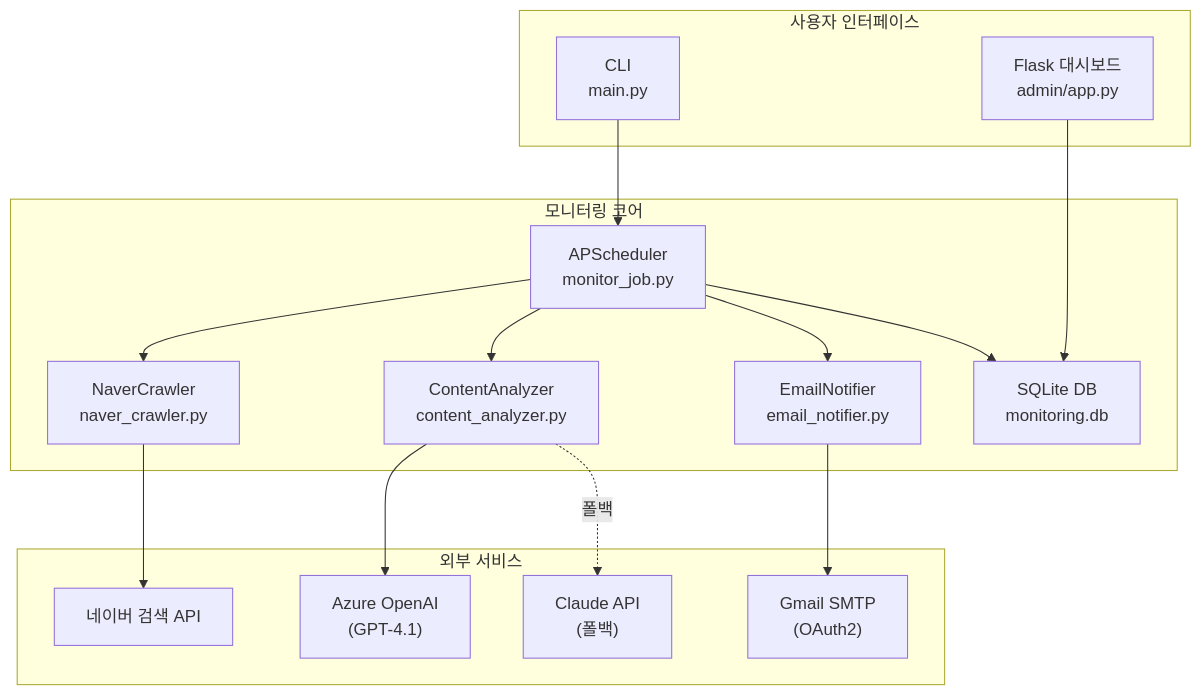
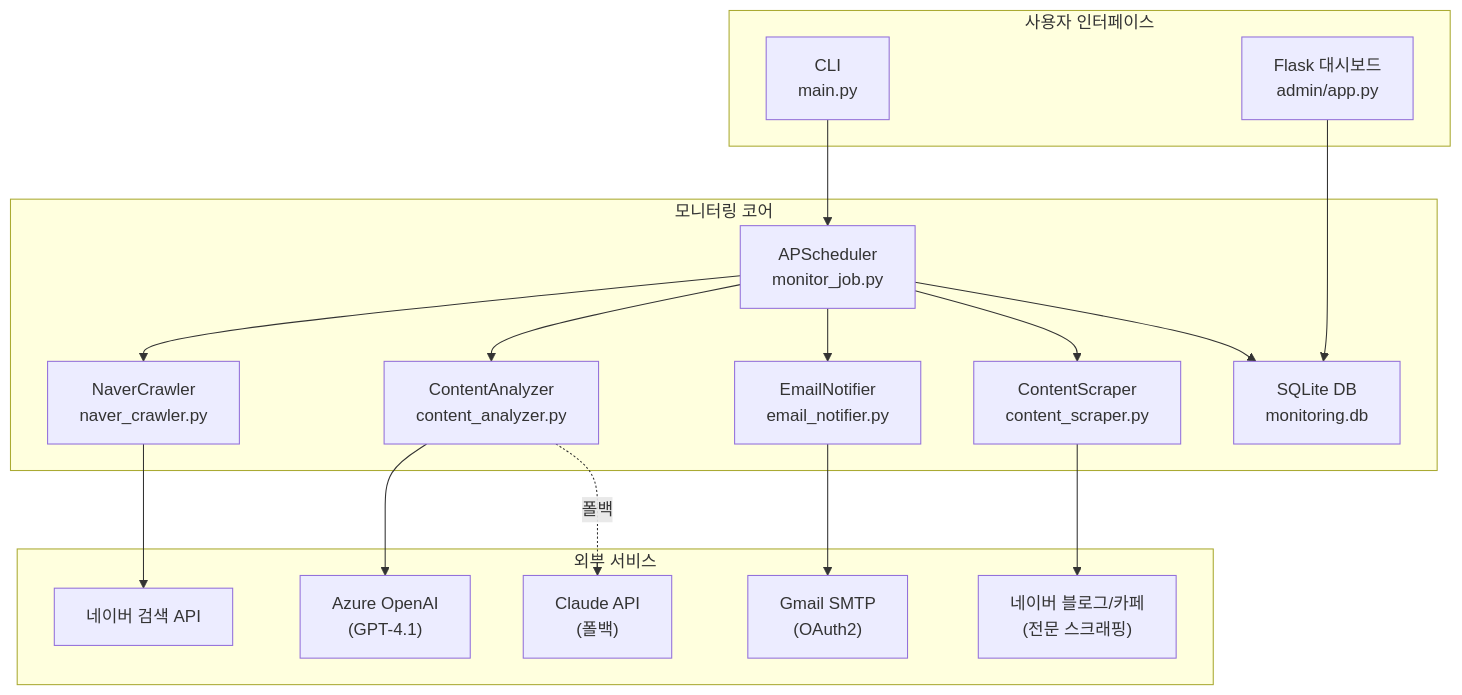
One commit to choec53-art/test changed the first of 6 diagrams in README.md. Above: the diagram before and after it, drawn with Mermaid. The commit also changed other lines of this file and 3 other files, not shown here.

````diff
--- a/README.md
+++ b/README.md
@@ -7,33 +7,37 @@
 ```mermaid
 graph TB
     subgraph External["외부 서비스"]
         NAVER["네이버 검색 API"]
         AOAI["Azure OpenAI<br/>(GPT-4.1)"]
         CLAUDE["Claude API<br/>(폴백)"]
         GMAIL["Gmail SMTP<br/>(OAuth2)"]
+        NAVER_WEB["네이버 블로그/카페<br/>(전문 스크래핑)"]
     end
 
     subgraph Core["모니터링 코어"]
         SCHEDULER["APScheduler<br/>monitor_job.py"]
         CRAWLER["NaverCrawler<br/>naver_crawler.py"]
+        SCRAPER["ContentScraper<br/>content_scraper.py"]
         ANALYZER["ContentAnalyzer<br/>content_analyzer.py"]
         NOTIFIER["EmailNotifier<br/>email_notifier.py"]
         DB["SQLite DB<br/>monitoring.db"]
     end
 
     subgraph Interface["사용자 인터페이스"]
         CLI["CLI<br/>main.py"]
         ADMIN["Flask 대시보드<br/>admin/app.py"]
     end
 
     CLI --> SCHEDULER
     SCHEDULER --> CRAWLER
     CRAWLER --> NAVER
+    SCHEDULER --> SCRAPER
+    SCRAPER --> NAVER_WEB
     SCHEDULER --> ANALYZER
     ANALYZER --> AOAI
     ANALYZER -.->|폴백| CLAUDE
     SCHEDULER --> DB
     SCHEDULER --> NOTIFIER
     NOTIFIER --> GMAIL
     ADMIN --> DB
 ```
````
